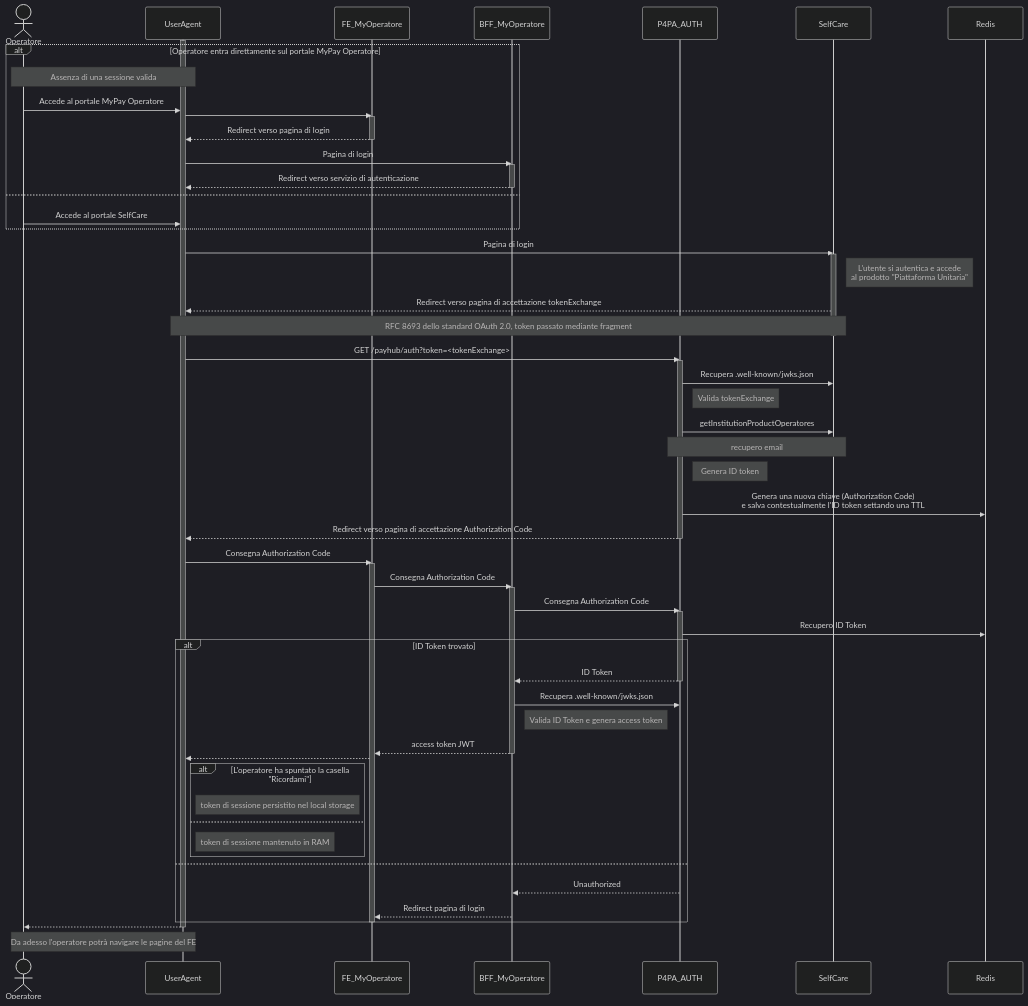
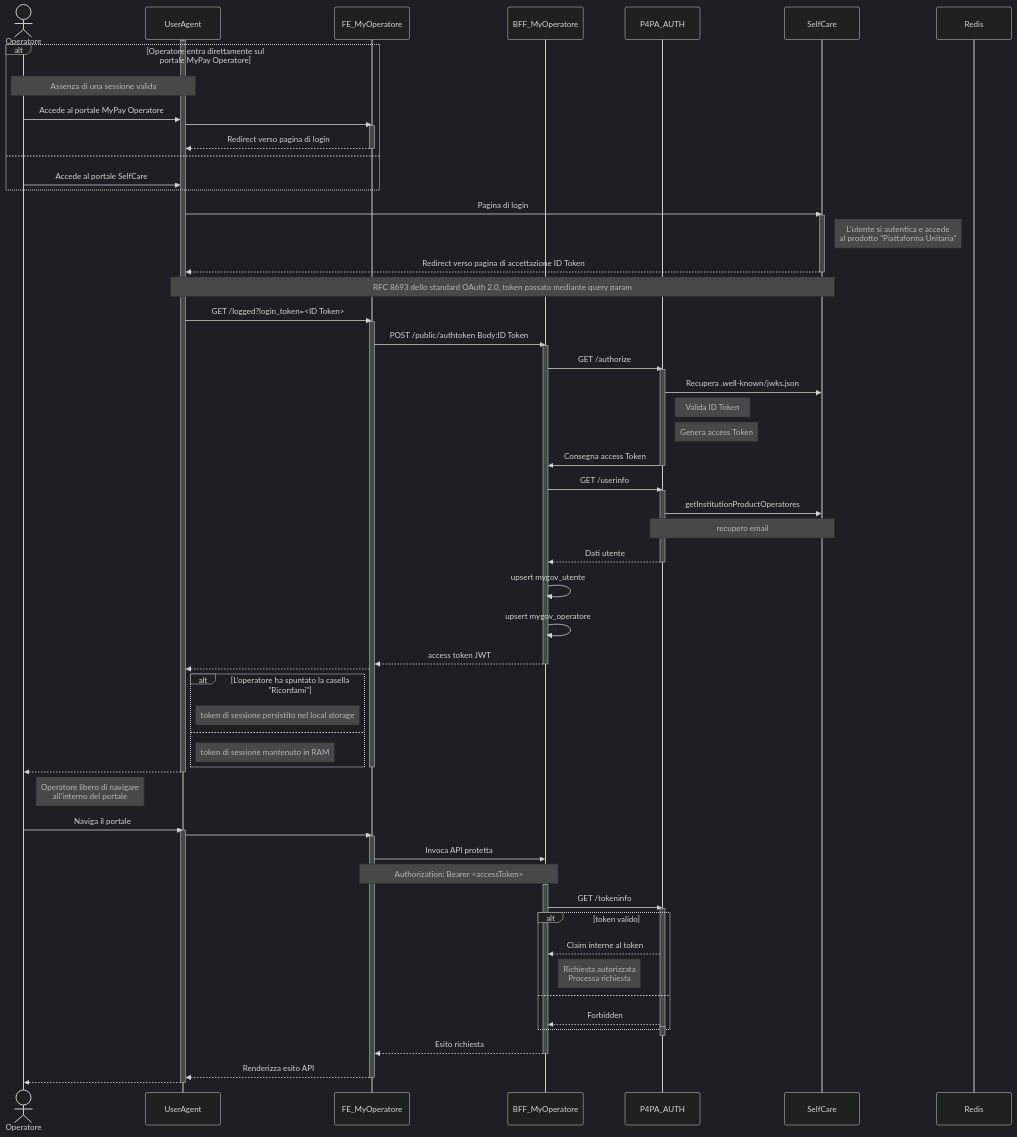
Before and after one commit to pagopa/p4pa-doc: the diagram in confluence/DesignReview/AutenticazioneEAutorizzazioneInMyPayOperatore/TOBE_auth.mmd, drawn with Mermaid (dark theme). The commit also changed 3 other files, not shown here.

Commit message:
implicit flow

```diff
--- a/confluence/DesignReview/AutenticazioneEAutorizzazioneInMyPayOperatore/TOBE_auth.mmd
+++ b/confluence/DesignReview/AutenticazioneEAutorizzazioneInMyPayOperatore/TOBE_auth.mmd
@@ -1,78 +1,95 @@
 sequenceDiagram
     actor Operatore
     participant UserAgent
     participant FE as FE_MyOperatore
     participant BFF as BFF_MyOperatore
     participant AUTH as P4PA_AUTH
     participant SelfCare
     participant Redis
 
 
     activate UserAgent
     alt Operatore entra direttamente sul portale MyPay Operatore
-    note over Operatore, UserAgent: Assenza di una sessione valida
-    Operatore ->> UserAgent: Accede al portale MyPay Operatore
+        note over Operatore, UserAgent: Assenza di una sessione valida
+        Operatore ->> UserAgent: Accede al portale MyPay Operatore
 
-    UserAgent ->> FE: #
-    activate FE
-    FE -->> UserAgent: Redirect verso pagina di login
-    deactivate FE
-
-    UserAgent ->> BFF: Pagina di login
-    activate BFF
-    BFF -->> UserAgent: Redirect verso servizio di autenticazione
-    deactivate BFF
+        UserAgent ->> FE: #
+        activate FE
+            FE -->> UserAgent: Redirect verso pagina di login
+        deactivate FE
     else
-    Operatore ->> UserAgent: Accede al portale SelfCare
+        Operatore ->> UserAgent: Accede al portale SelfCare
     end
 
     UserAgent ->> SelfCare: Pagina di login
     activate SelfCare
-    note right of SelfCare: L'utente si autentica e accede<br />al prodotto "Piattaforma Unitaria"
-    SelfCare -->> UserAgent: Redirect verso pagina di accettazione tokenExchange
-    note over UserAgent, SelfCare: RFC 8693 dello standard OAuth 2.0, token passato mediante fragment
+        note right of SelfCare: L'utente si autentica e accede<br />al prodotto "Piattaforma Unitaria"
+        SelfCare -->> UserAgent: Redirect verso pagina di accettazione ID Token
     deactivate SelfCare
+    note over UserAgent, SelfCare: RFC 8693 dello standard OAuth 2.0, token passato mediante query param
 
-    UserAgent ->> AUTH: GET /payhub/auth?token=<tokenExchange>
-    activate AUTH
-    AUTH ->> SelfCare: Recupera .well-known/jwks.json
-    note right of AUTH: Valida tokenExchange
-    AUTH ->> SelfCare: getInstitutionProductOperatores
-    note over AUTH, SelfCare: recupero email
-    note right of AUTH: Genera ID token
-    AUTH ->> Redis: Genera una nuova chiave (Authorization Code)<BR />e salva contestualmente l'ID token settando una TTL
-    AUTH -->> UserAgent: Redirect verso pagina di accettazione Authorization Code
-    deactivate AUTH
+    UserAgent ->> FE: GET /logged?login_token=<ID Token>
+    activate FE
+        FE ->> BFF: POST /public/authtoken Body:ID Token
+        activate BFF
+            BFF ->> AUTH: GET /authorize
+            activate AUTH
+                AUTH ->> SelfCare: Recupera .well-known/jwks.json
+                note right of AUTH: Valida ID Token
+                note right of AUTH: Genera access Token
+                AUTH ->> BFF: Consegna access Token
+            deactivate AUTH
 
-    UserAgent ->> FE: Consegna Authorization Code
-    activate FE
-    FE ->> BFF: Consegna Authorization Code
-    activate BFF
-    BFF ->> AUTH: Consegna Authorization Code
+            BFF ->> AUTH: GET /userinfo
+            activate AUTH
+                AUTH ->> SelfCare: getInstitutionProductOperatores
+                note over AUTH, SelfCare: recupero email
+                AUTH -->> BFF: Dati utente
+            deactivate AUTH
 
-    activate AUTH
-    AUTH ->> Redis: Recupero ID Token
-    alt ID Token trovato
-    AUTH -->> BFF: ID Token
-    deactivate AUTH
-
-    BFF ->> AUTH: Recupera .well-known/jwks.json
-    note right of BFF: Valida ID Token e genera access token
-    BFF -->> FE: access token JWT
-    deactivate BFF
-    FE -->> UserAgent: #
-    alt L'operatore ha spuntato la casella "Ricordami"
-    note right of UserAgent: token di sessione persistito nel local storage
-    else
-    note right of UserAgent: token di sessione mantenuto in RAM
-    end
-    else
-    AUTH -->> BFF: Unauthorized
-    BFF -->> FE: Redirect pagina di login
-    end
+            BFF ->> BFF: upsert mygov_utente
+            BFF ->> BFF: upsert mygov_operatore
+            BFF -->> FE: access token JWT
+        deactivate BFF
+        FE -->> UserAgent: #
+        alt L'operatore ha spuntato la casella "Ricordami"
+            note right of UserAgent: token di sessione persistito nel local storage
+        else
+            note right of UserAgent: token di sessione mantenuto in RAM
+        end
     deactivate FE
 
     UserAgent -->> Operatore: #
     deactivate UserAgent
 
-    note over Operatore, UserAgent: Da adesso l'operatore potrà navigare le pagine del FE
+    note right of Operatore: Operatore libero di navigare<BR />all'interno del portale
+
+    Operatore ->> UserAgent: Naviga il portale
+
+    activate UserAgent
+    UserAgent ->> FE: #
+    activate FE
+    FE ->> BFF: Invoca API protetta
+    note over FE, BFF: Authorization: Bearer <accessToken>
+
+    activate BFF
+    BFF ->> AUTH: GET /tokeninfo
+    activate AUTH
+    alt token valido
+        AUTH -->> BFF: Claim interne al token
+        note right of BFF: Richiesta autorizzata<BR />Processa richiesta
+    else
+        AUTH -->> BFF: Forbidden
+    end
+    deactivate AUTH
+
+    activate AUTH
+    deactivate AUTH
+
+    BFF -->> FE: Esito richiesta
+    deactivate BFF
+
+    FE -->> UserAgent: Renderizza esito API
+    deactivate FE
+    UserAgent -->> Operatore: #
+    deactivate UserAgent
```
